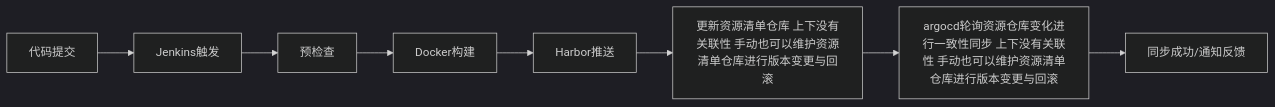
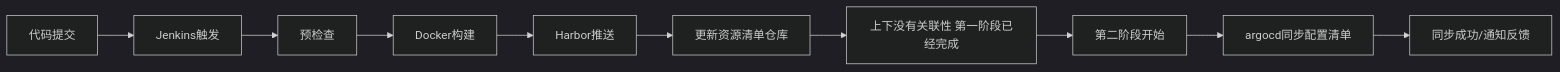
The second of 2 diagrams in README.md (GZ-Alinx/cicd), drawn with Mermaid (dark theme) before and after one commit. The commit also changed other lines of this file, not shown here.

````diff
--- a/README.md
+++ b/README.md
@@ -32,10 +36,12 @@
 ```mermaid
 graph LR
     A[代码提交] --> B[Jenkins触发]
     B --> C[预检查]
     C --> D[Docker构建]
     D --> E[Harbor推送]
-    E --> F[更新资源清单仓库 上下没有关联性 手动也可以维护资源清单仓库进行版本变更与回滚]
-    F --> G[argocd轮询资源仓库变化进行一致性同步 上下没有关联性 手动也可以维护资源清单仓库进行版本变更与回滚]
-    G --> H[同步成功/通知反馈]
+    E --> F[更新资源清单仓库]
+    F --> G[上下没有关联性 第一阶段已经完成]
+    G --> H[第二阶段开始]
+    H --> I[argocd同步配置清单]
+    I --> J[同步成功/通知反馈]
 ```
````
